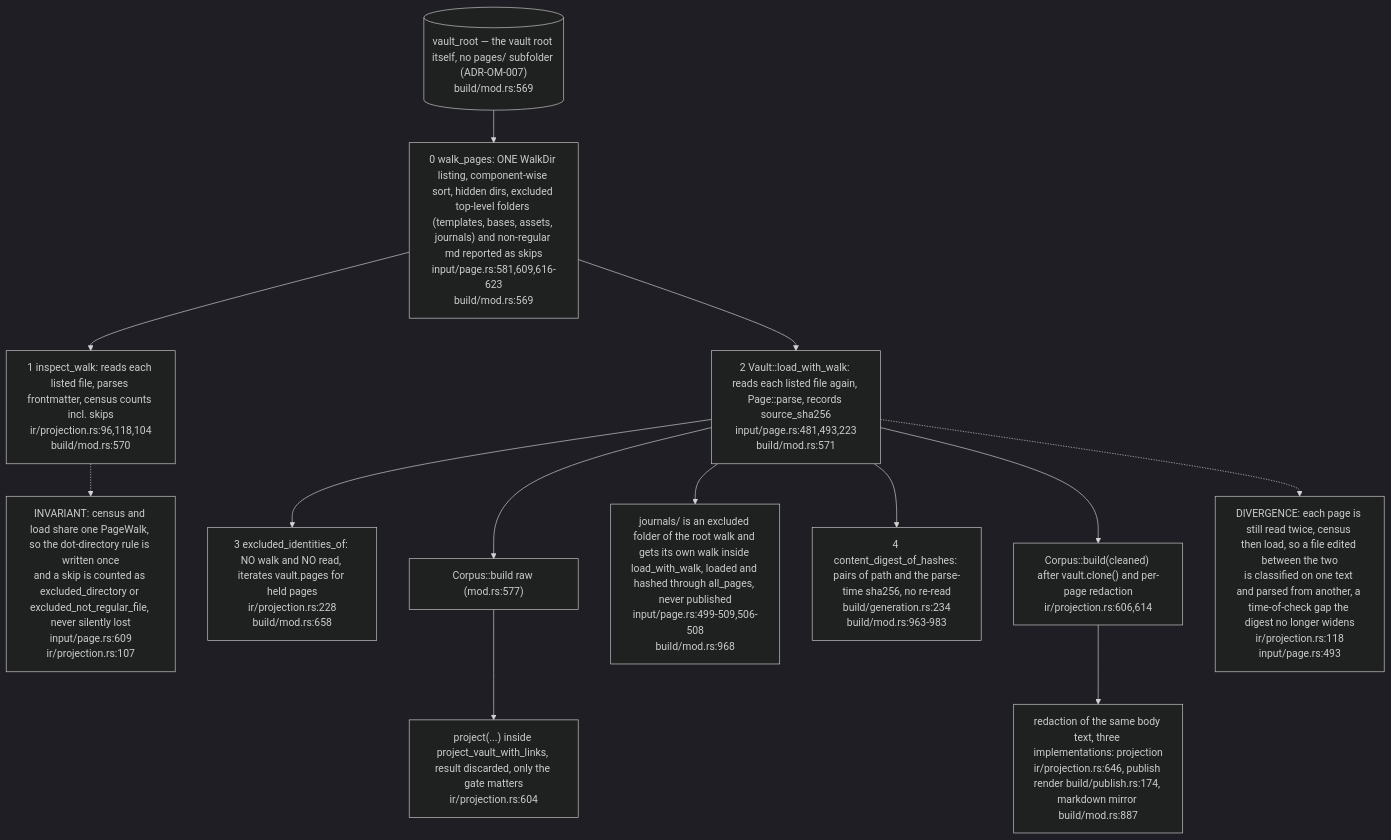
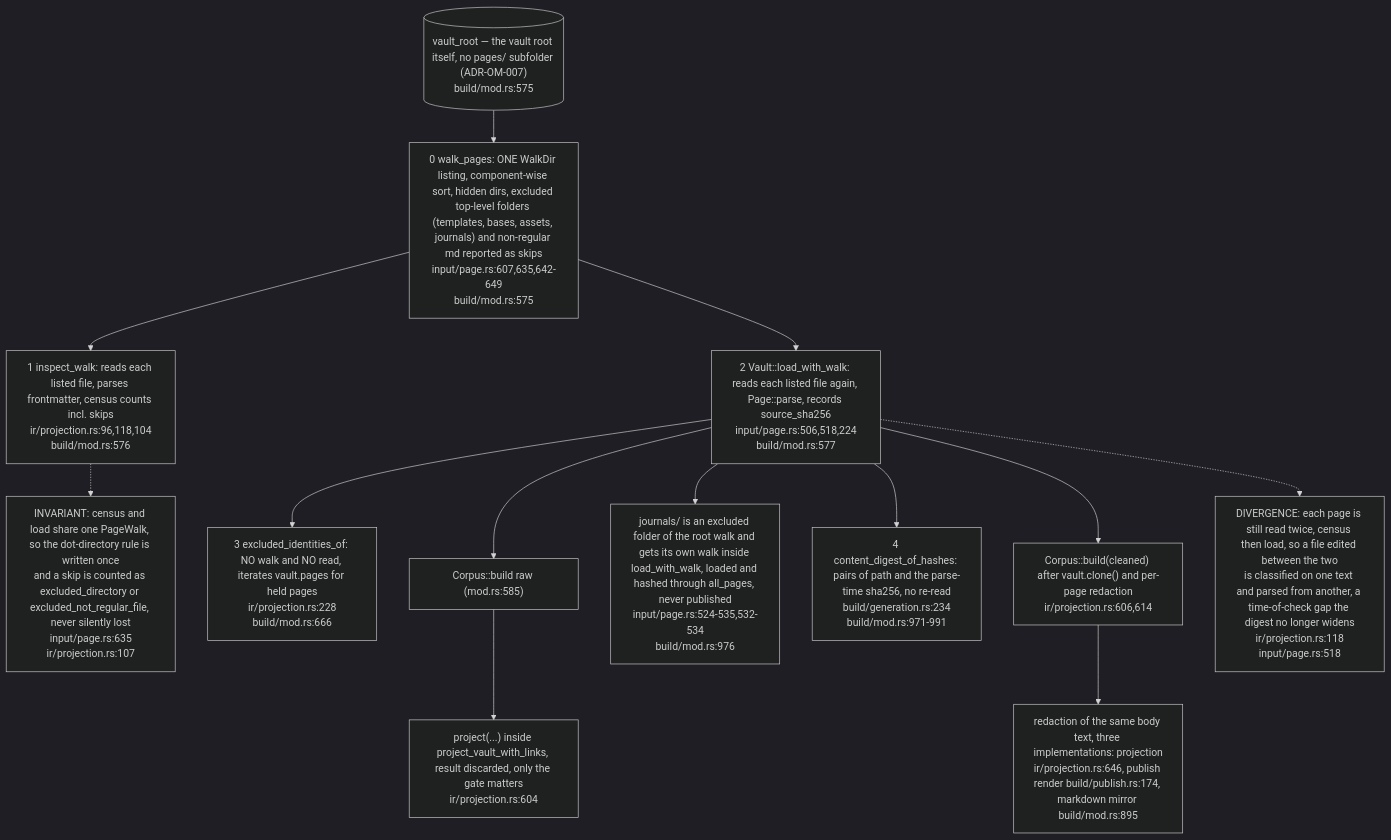
The third of 8 diagrams in docs/diagrams/ontomark/03-build-run-gates-staging-and-generation.md (DreamLab-AI/VisionFlow), drawn with Mermaid (dark theme) before and after one commit. The commit also changed other lines of this file and 91 other files, not shown here.

````diff
--- a/docs/diagrams/ontomark/03-build-run-gates-staging-and-generation.md
+++ b/docs/diagrams/ontomark/03-build-run-gates-staging-and-generation.md
@@ -117,28 +120,28 @@
 ```mermaid
 flowchart TD
-    DIR[("vault_root — the vault root itself, no pages/ subfolder (ADR-OM-007)<br/>build/mod.rs:569")]
-    WK["0 walk_pages: ONE WalkDir listing, component-wise sort, hidden dirs, excluded top-level folders (templates, bases, assets, journals) and non-regular md reported as skips<br/>input/page.rs:581,609,616-623<br/>build/mod.rs:569"]
-    W1["1 inspect_walk: reads each listed file, parses frontmatter, census counts incl. skips<br/>ir/projection.rs:96,118,104<br/>build/mod.rs:570"]
-    W2["2 Vault::load_with_walk: reads each listed file again, Page::parse, records source_sha256<br/>input/page.rs:481,493,223<br/>build/mod.rs:571"]
-    W3["3 excluded_identities_of: NO walk and NO read, iterates vault.pages for held pages<br/>ir/projection.rs:228<br/>build/mod.rs:658"]
-    W4["4 content_digest_of_hashes: pairs of path and the parse-time sha256, no re-read<br/>build/generation.rs:234<br/>build/mod.rs:963-983"]
-    J["journals/ is an excluded folder of the root walk and gets its own walk inside load_with_walk, loaded and hashed through all_pages, never published<br/>input/page.rs:499-509,506-508<br/>build/mod.rs:968"]
-    C1["Corpus::build raw (mod.rs:577)"]
+    DIR[("vault_root — the vault root itself, no pages/ subfolder (ADR-OM-007)<br/>build/mod.rs:575")]
+    WK["0 walk_pages: ONE WalkDir listing, component-wise sort, hidden dirs, excluded top-level folders (templates, bases, assets, journals) and non-regular md reported as skips<br/>input/page.rs:607,635,642-649<br/>build/mod.rs:575"]
+    W1["1 inspect_walk: reads each listed file, parses frontmatter, census counts incl. skips<br/>ir/projection.rs:96,118,104<br/>build/mod.rs:576"]
+    W2["2 Vault::load_with_walk: reads each listed file again, Page::parse, records source_sha256<br/>input/page.rs:506,518,224<br/>build/mod.rs:577"]
+    W3["3 excluded_identities_of: NO walk and NO read, iterates vault.pages for held pages<br/>ir/projection.rs:228<br/>build/mod.rs:666"]
+    W4["4 content_digest_of_hashes: pairs of path and the parse-time sha256, no re-read<br/>build/generation.rs:234<br/>build/mod.rs:971-991"]
+    J["journals/ is an excluded folder of the root walk and gets its own walk inside load_with_walk, loaded and hashed through all_pages, never published<br/>input/page.rs:524-535,532-534<br/>build/mod.rs:976"]
+    C1["Corpus::build raw (mod.rs:585)"]
     C2["project(...) inside project_vault_with_links, result discarded, only the gate matters<br/>ir/projection.rs:604"]
     C3["Corpus::build(cleaned) after vault.clone() and per-page redaction<br/>ir/projection.rs:606,614"]
-    R1["redaction of the same body text, three implementations: projection<br/>ir/projection.rs:646, publish render build/publish.rs:174, markdown mirror build/mod.rs:887"]
-    N1["INVARIANT: census and load share one PageWalk, so the dot-directory rule is written once<br/>and a skip is counted as excluded_directory or excluded_not_regular_file, never silently lost<br/>input/page.rs:609<br/>ir/projection.rs:107"]
-    N2["DIVERGENCE: each page is still read twice, census then load, so a file edited between the two<br/>is classified on one text and parsed from another, a time-of-check gap the digest no longer widens<br/>ir/projection.rs:118<br/>input/page.rs:493"]
+    R1["redaction of the same body text, three implementations: projection<br/>ir/projection.rs:646, publish render build/publish.rs:174, markdown mirror build/mod.rs:895"]
+    N1["INVARIANT: census and load share one PageWalk, so the dot-directory rule is written once<br/>and a skip is counted as excluded_directory or excluded_not_regular_file, never silently lost<br/>input/page.rs:635<br/>ir/projection.rs:107"]
+    N2["DIVERGENCE: each page is still read twice, census then load, so a file edited between the two<br/>is classified on one text and parsed from another, a time-of-check gap the digest no longer widens<br/>ir/projection.rs:118<br/>input/page.rs:518"]
     DIR --> WK
     WK --> W1
     WK --> W2
     W2 --> W3
     W2 --> C1
     W2 --> J
     W2 --> W4
     C1 --> C2
     W2 --> C3
     C3 --> R1
     W1 -.-> N1
     W2 -.-> N2
 ```
````
